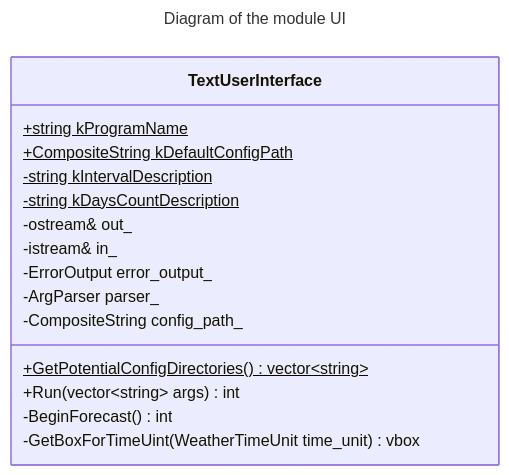
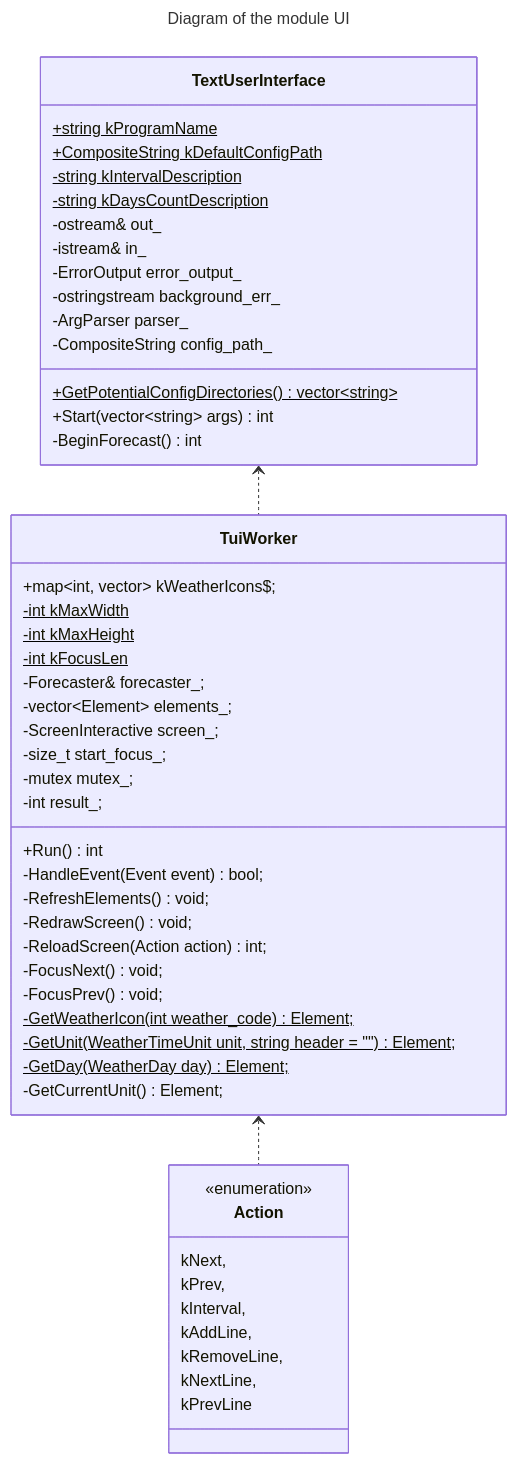
One commit to bialger/weather-forecast changed the second of 4 diagrams in docs/dev/architecture.md. Above: the diagram before and after it, drawn with Mermaid. The commit also changed other lines of this file, not shown here.

Commit message:
Updated UI documentation

````diff
--- a/docs/dev/architecture.md
+++ b/docs/dev/architecture.md
@@ -59,28 +59,63 @@
 ```mermaid
 ---
 title: Diagram of the module UI
 ---
 %%{
   init: {
     'theme': 'base',
     'classDiagram': { 'curve': 'linear' },
   }
 }%%
 classDiagram
   direction TB
   class TextUserInterface {
     +string kProgramName$
     +CompositeString kDefaultConfigPath$
     -string kIntervalDescription$
     -string kDaysCountDescription$
     -ostream& out_
     -istream& in_
     -ErrorOutput error_output_
+    -ostringstream background_err_
     -ArgParser parser_
     -CompositeString config_path_
     +GetPotentialConfigDirectories()$ vector~string~
-    +Run(vector~string~ args) int
+    +Start(vector~string~ args) int
     -BeginForecast() int
-    -GetBoxForTimeUint(WeatherTimeUnit time_unit) vbox
   }
+  class TuiWorker {
+    +map~int, vector<string>~ kWeatherIcons$;
+    -int kMaxWidth$
+    -int kMaxHeight$
+    -int kFocusLen$
+    -Forecaster& forecaster_;
+    -vector~Element~ elements_;
+    -ScreenInteractive screen_;
+    -size_t start_focus_;
+    -mutex mutex_;
+    -int result_;
+    +Run() int
+    -HandleEvent(Event event) bool;
+    -RefreshElements() void;
+    -RedrawScreen() void;
+    -ReloadScreen(Action action) int;
+    -FocusNext() void;
+    -FocusPrev() void;
+    -GetWeatherIcon(int weather_code)$ Element;
+    -GetUnit(WeatherTimeUnit unit, string header = "")$ Element;
+    -GetDay(WeatherDay day)$ Element;
+    -GetCurrentUnit() Element;
+  }
+  class Action {
+    <<enumeration>>
+    kNext,
+    kPrev,
+    kInterval,
+    kAddLine,
+    kRemoveLine,
+    kNextLine,
+    kPrevLine
+  }
+  TextUserInterface <.. TuiWorker
+  TuiWorker <.. Action
 ```
````
